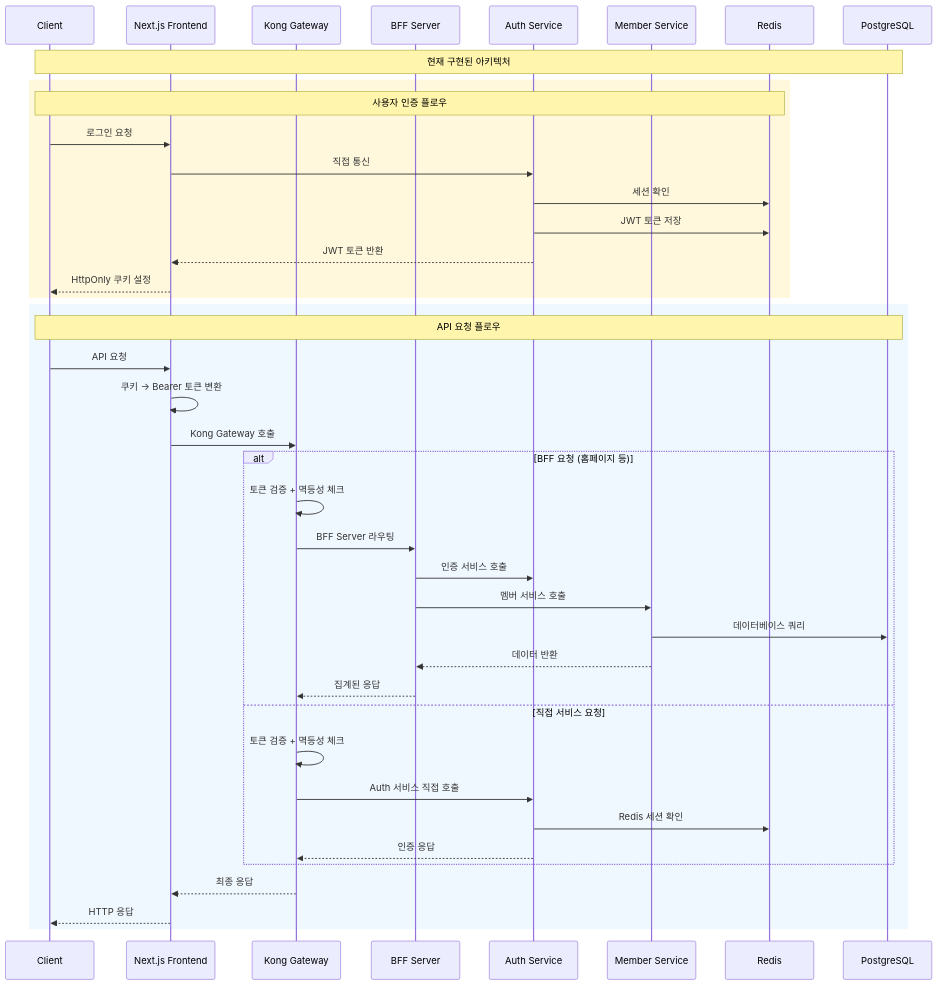
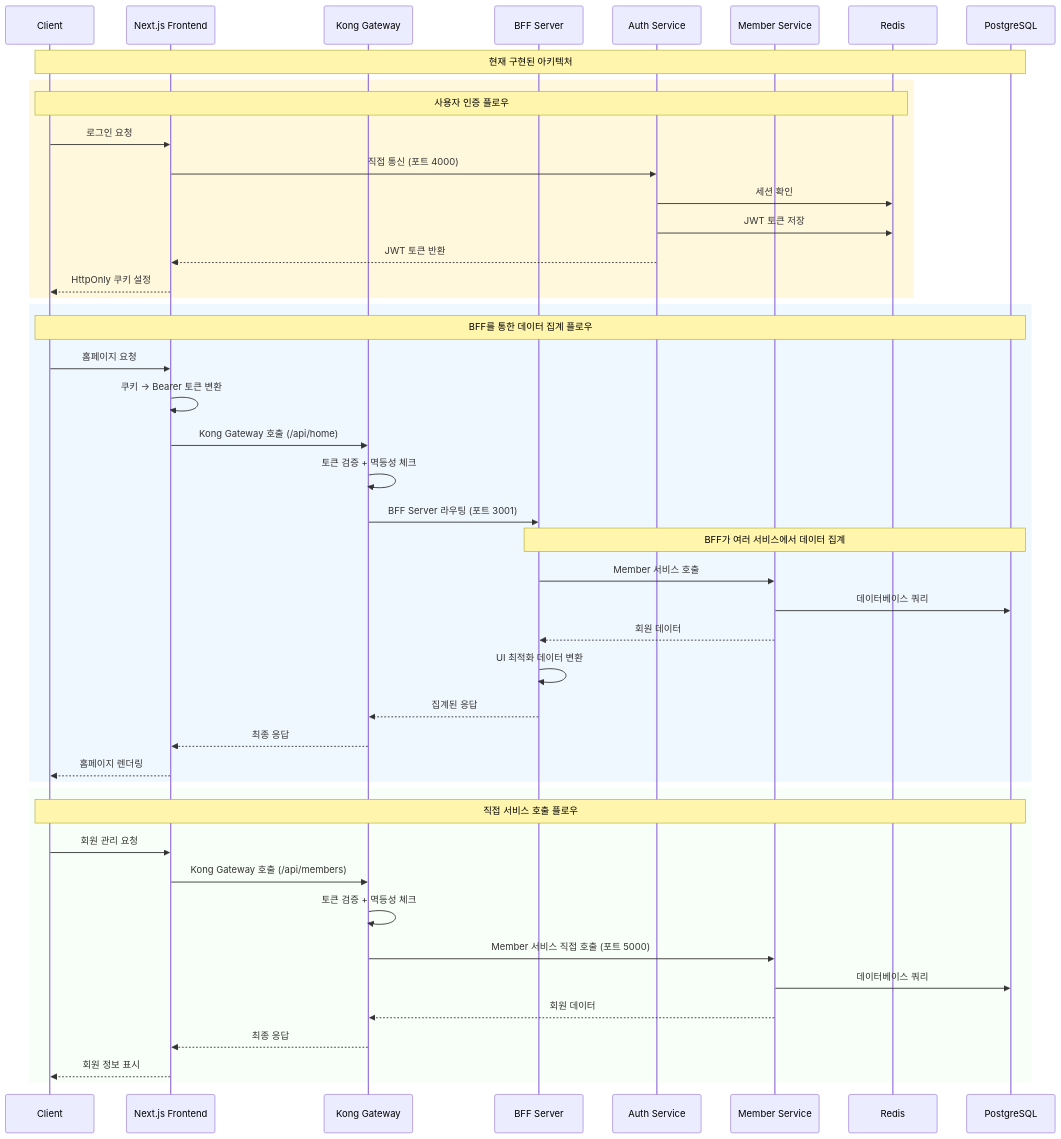
One commit to kwonbongsoo/rehabilitationTreatment changed the second of 4 diagrams in README.md. Above: the diagram before and after it, drawn with Mermaid. The commit also changed other lines of this file, not shown here.

````diff
--- a/README.md
+++ b/README.md
@@ -72,50 +76,59 @@
 ```mermaid
 sequenceDiagram
     participant C as Client
     participant F as Next.js Frontend
     participant K as Kong Gateway
     participant B as BFF Server
     participant A as Auth Service
     participant M as Member Service
     participant R as Redis
     participant DB as PostgreSQL
 
     Note over C,DB: 현재 구현된 아키텍처
 
     %% 인증 플로우
     rect rgb(255, 248, 220)
         Note over C,R: 사용자 인증 플로우
         C->>F: 로그인 요청
-        F->>A: 직접 통신
+        F->>A: 직접 통신 (포트 4000)
         A->>R: 세션 확인
         A->>R: JWT 토큰 저장
         A-->>F: JWT 토큰 반환
         F-->>C: HttpOnly 쿠키 설정
     end
 
-    %% API 요청 플로우
+    %% API 요청 플로우 (BFF 경유)
     rect rgb(240, 248, 255)
-        Note over C,DB: API 요청 플로우
-        C->>F: API 요청
+        Note over C,DB: BFF를 통한 데이터 집계 플로우
+        C->>F: 홈페이지 요청
         F->>F: 쿠키 → Bearer 토큰 변환
-        F->>K: Kong Gateway 호출
+        F->>K: Kong Gateway 호출 (/api/home)
 
-        alt BFF 요청 (홈페이지 등)
-            K->>K: 토큰 검증 + 멱등성 체크
-            K->>B: BFF Server 라우팅
-            B->>A: 인증 서비스 호출
-            B->>M: 멤버 서비스 호출
-            M->>DB: 데이터베이스 쿼리
-            M-->>B: 데이터 반환
-            B-->>K: 집계된 응답
-        else 직접 서비스 요청
-            K->>K: 토큰 검증 + 멱등성 체크
-            K->>A: Auth 서비스 직접 호출
-            A->>R: Redis 세션 확인
-            A-->>K: 인증 응답
-        end
+        K->>K: 토큰 검증 + 멱등성 체크
+        K->>B: BFF Server 라우팅 (포트 3001)
 
+        Note over B,DB: BFF가 여러 서비스에서 데이터 집계
+        B->>M: Member 서비스 호출
+        M->>DB: 데이터베이스 쿼리
+        M-->>B: 회원 데이터
+
+        B->>B: UI 최적화 데이터 변환
+        B-->>K: 집계된 응답
         K-->>F: 최종 응답
-        F-->>C: HTTP 응답
+        F-->>C: 홈페이지 렌더링
+    end
+
+    %% 직접 서비스 요청 플로우
+    rect rgb(248, 255, 248)
+        Note over C,DB: 직접 서비스 호출 플로우
+        C->>F: 회원 관리 요청
+        F->>K: Kong Gateway 호출 (/api/members)
+
+        K->>K: 토큰 검증 + 멱등성 체크
+        K->>M: Member 서비스 직접 호출 (포트 5000)
+        M->>DB: 데이터베이스 쿼리
+        M-->>K: 회원 데이터
+        K-->>F: 최종 응답
+        F-->>C: 회원 정보 표시
     end
 ```
````
